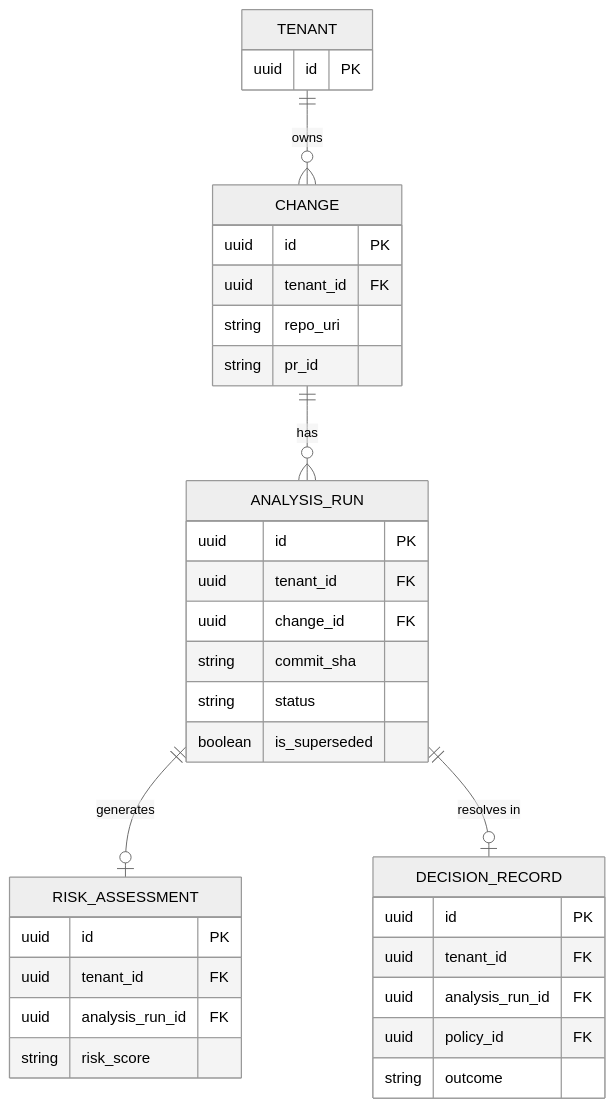
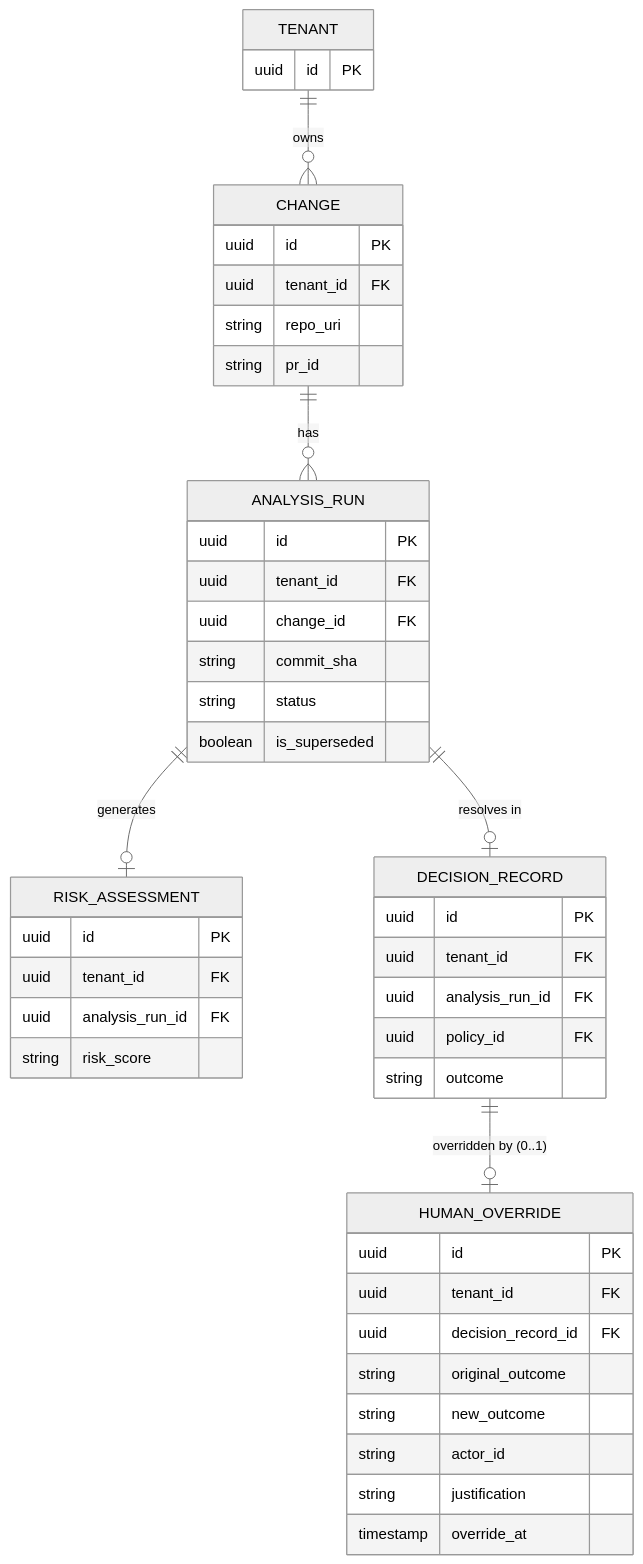
The first of 2 diagrams in docs/05-data/data-model.md (starving-array/cdi-platform), drawn with Mermaid (neutral theme) before and after one commit. The commit also changed other lines of this file and 16 other files, not shown here.

Commit message:
Implement UC-06 OverrideDecision

````diff
--- a/docs/05-data/data-model.md
+++ b/docs/05-data/data-model.md
@@ -98,38 +98,49 @@
 ```mermaid
 erDiagram
     TENANT {
         uuid id PK
     }
     CHANGE {
         uuid id PK
         uuid tenant_id FK
         string repo_uri
         string pr_id
     }
     ANALYSIS_RUN {
         uuid id PK
         uuid tenant_id FK
         uuid change_id FK
         string commit_sha
         string status
         boolean is_superseded
     }
     RISK_ASSESSMENT {
         uuid id PK
         uuid tenant_id FK
         uuid analysis_run_id FK
         string risk_score
     }
     DECISION_RECORD {
         uuid id PK
         uuid tenant_id FK
         uuid analysis_run_id FK
         uuid policy_id FK
         string outcome
     }
+    HUMAN_OVERRIDE {
+        uuid id PK
+        uuid tenant_id FK
+        uuid decision_record_id FK
+        string original_outcome
+        string new_outcome
+        string actor_id
+        string justification
+        timestamp override_at
+    }
     
     TENANT ||--o{ CHANGE : "owns"
     CHANGE ||--o{ ANALYSIS_RUN : "has"
     ANALYSIS_RUN ||--o| RISK_ASSESSMENT : "generates"
     ANALYSIS_RUN ||--o| DECISION_RECORD : "resolves in"
+    DECISION_RECORD ||--o| HUMAN_OVERRIDE : "overridden by (0..1)"
 ```
````
